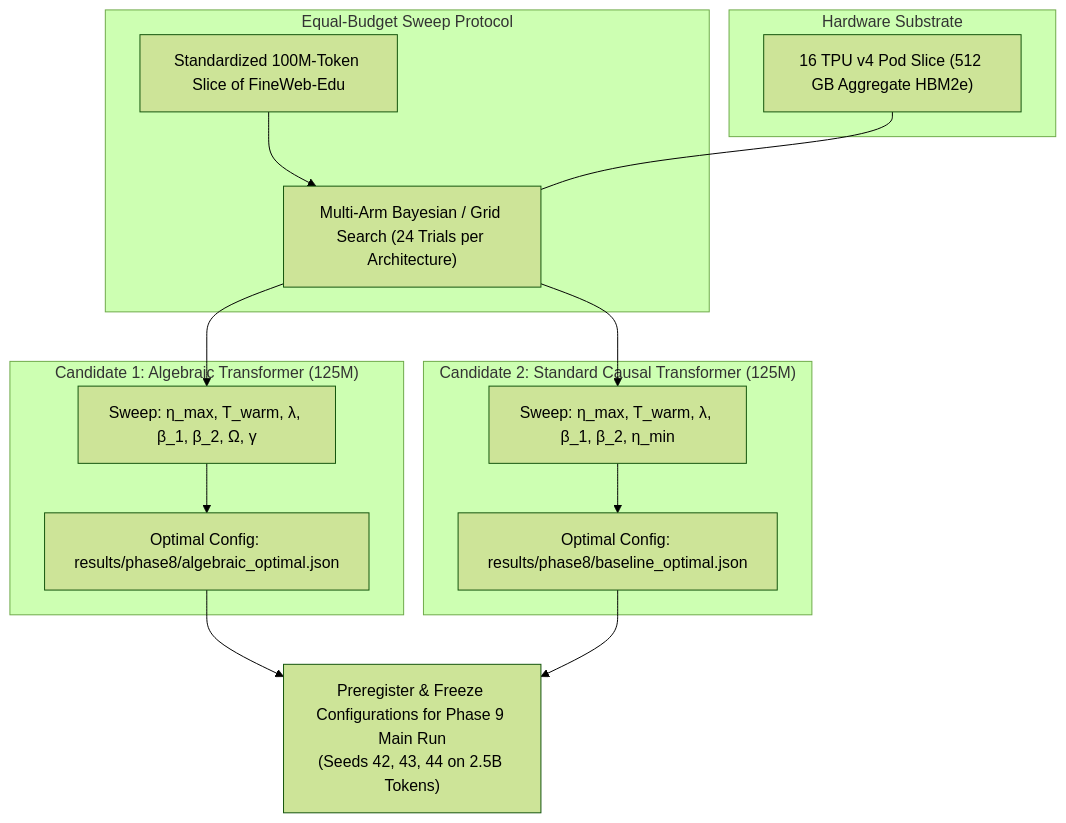
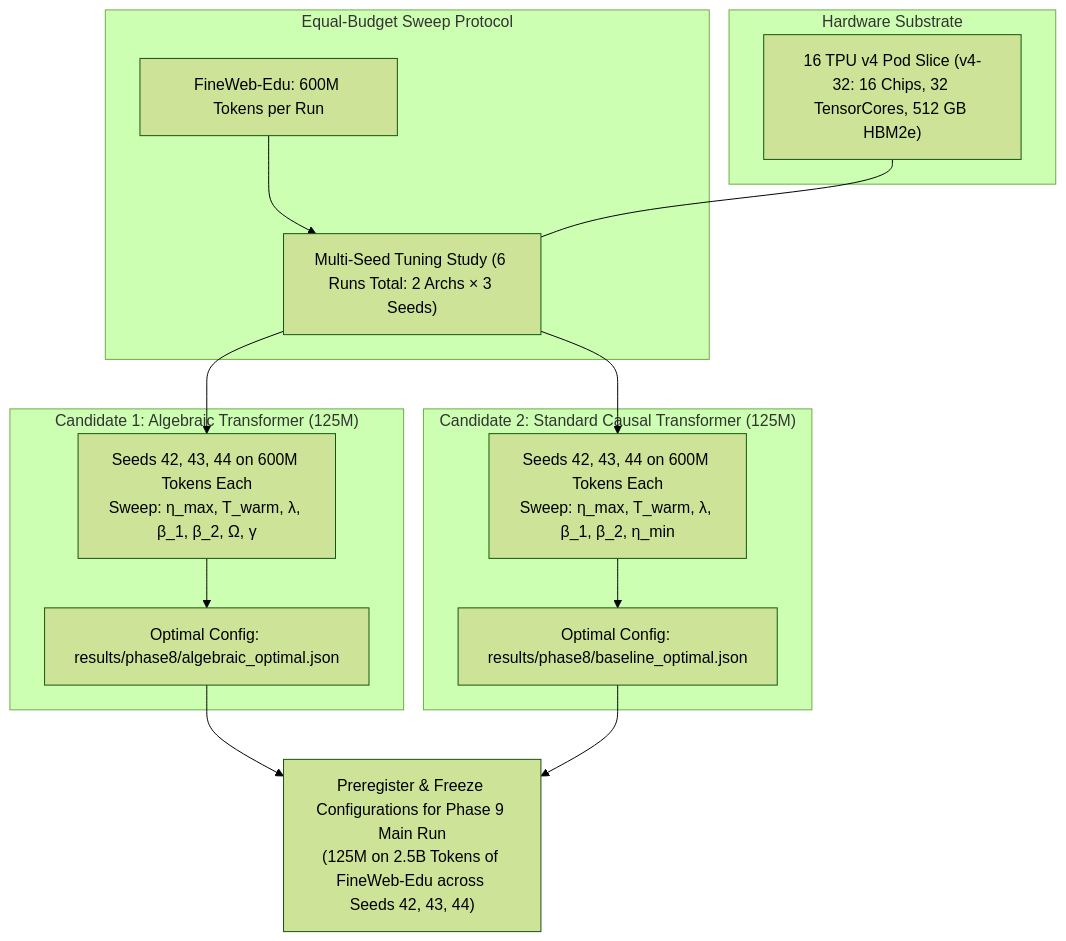
Before and after one commit to tasmaikeni13/algebraic-intelligence: the diagram in phases/phase8.md, drawn with Mermaid (forest theme). The commit also changed other lines of this file and 2 other files, not shown here.

Commit message:
Update Phase 8 sweep specification to 6 runs across 2 architectures and 3 seeds on 600M tokens each

````diff
--- a/phases/phase8.md
+++ b/phases/phase8.md
@@ -22,26 +28,26 @@
 ```mermaid
 graph TD
     subgraph "Hardware Substrate"
-        TPU["16 TPU v4 Pod Slice (512 GB Aggregate HBM2e)"]
+        TPU["16 TPU v4 Pod Slice (v4-32: 16 Chips, 32 TensorCores, 512 GB HBM2e)"]
     end
 
     subgraph "Equal-Budget Sweep Protocol"
-        Dataset["Standardized 100M-Token Slice of FineWeb-Edu"]
-        SearchMethod["Multi-Arm Bayesian / Grid Search (24 Trials per Architecture)"]
+        Dataset["FineWeb-Edu: 600M Tokens per Run"]
+        SearchMethod["Multi-Seed Tuning Study (6 Runs Total: 2 Archs × 3 Seeds)"]
         Dataset --> SearchMethod
     end
 
     subgraph "Candidate 1: Algebraic Transformer (125M)"
-        SearchMethod --> AlgGrid["Sweep: η_max, T_warm, λ, β_1, β_2, Ω, γ"]
-        AlgGrid --> OptAlg["Optimal Config: results/phase8/algebraic_optimal.json"]
+        SearchMethod --> AlgSeeds["Seeds 42, 43, 44 on 600M Tokens Each<br/>Sweep: η_max, T_warm, λ, β_1, β_2, Ω, γ"]
+        AlgSeeds --> OptAlg["Optimal Config: results/phase8/algebraic_optimal.json"]
     end
 
     subgraph "Candidate 2: Standard Causal Transformer (125M)"
-        SearchMethod --> BaseGrid["Sweep: η_max, T_warm, λ, β_1, β_2, η_min"]
-        BaseGrid --> OptBase["Optimal Config: results/phase8/baseline_optimal.json"]
+        SearchMethod --> BaseSeeds["Seeds 42, 43, 44 on 600M Tokens Each<br/>Sweep: η_max, T_warm, λ, β_1, β_2, η_min"]
+        BaseSeeds --> OptBase["Optimal Config: results/phase8/baseline_optimal.json"]
     end
 
     TPU --- SearchMethod
-    OptAlg --> Freeze["Preregister & Freeze Configurations for Phase 9 Main Run<br/>(Seeds 42, 43, 44 on 2.5B Tokens)"]
+    OptAlg --> Freeze["Preregister & Freeze Configurations for Phase 9 Main Run<br/>(125M on 2.5B Tokens of FineWeb-Edu across Seeds 42, 43, 44)"]
     OptBase --> Freeze
 ```
````
